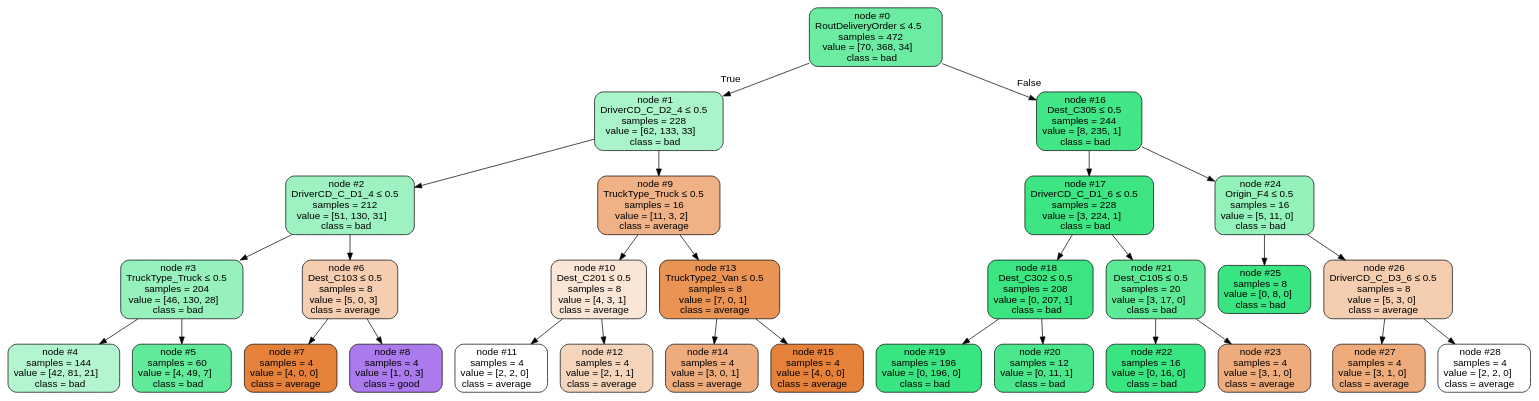
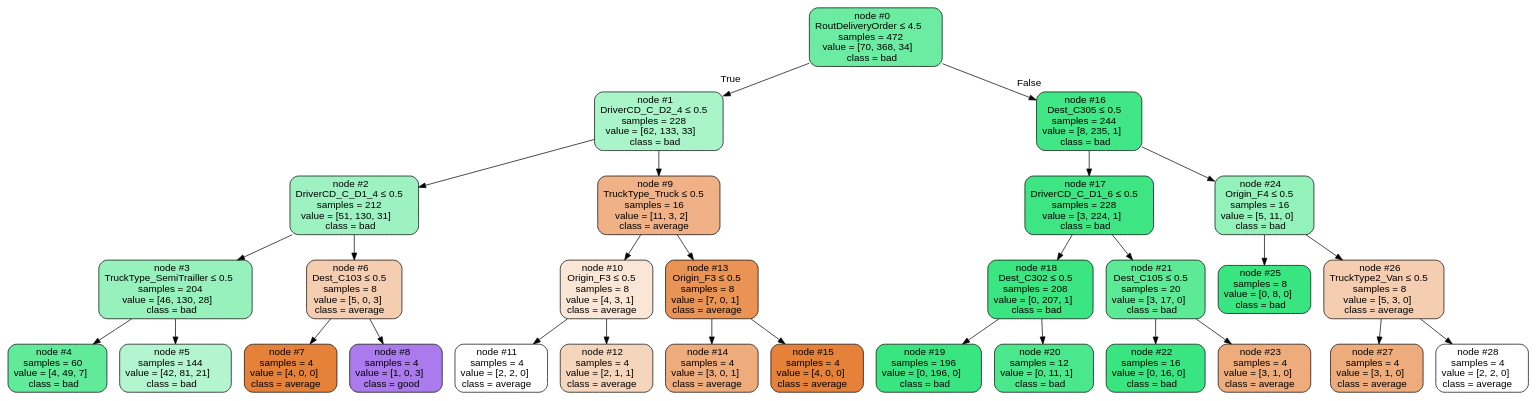
One commit to EduPekUfpr/PPGOLD7037 changed the diagram in 06-DS_PPGOLD_TreesBasics/delivery_tree.dot. Above: the diagram before and after it, drawn with Graphviz. The commit also changed 15 other files, not shown here.

```diff
--- a/06-DS_PPGOLD_TreesBasics/delivery_tree.dot
+++ b/06-DS_PPGOLD_TreesBasics/delivery_tree.dot
@@ -1,61 +1,61 @@
 digraph Tree {
 node [shape=box, style="filled, rounded", color="black", fontname="helvetica"] ;
 edge [fontname="helvetica"] ;
 0 [label=<node &#35;0<br/>RoutDeliveryOrder &le; 4.5<br/>samples = 472<br/>value = [70, 368, 34]<br/>class = bad>, fillcolor="#6ceca2"] ;
 1 [label=<node &#35;1<br/>DriverCD_C_D2_4 &le; 0.5<br/>samples = 228<br/>value = [62, 133, 33]<br/>class = bad>, fillcolor="#aaf4c9"] ;
 0 -> 1 [labeldistance=2.5, labelangle=45, headlabel="True"] ;
 2 [label=<node &#35;2<br/>DriverCD_C_D1_4 &le; 0.5<br/>samples = 212<br/>value = [51, 130, 31]<br/>class = bad>, fillcolor="#9ef2c1"] ;
 1 -> 2 ;
-3 [label=<node &#35;3<br/>TruckType_Truck &le; 0.5<br/>samples = 204<br/>value = [46, 130, 28]<br/>class = bad>, fillcolor="#96f1bc"] ;
+3 [label=<node &#35;3<br/>TruckType_SemiTrailler &le; 0.5<br/>samples = 204<br/>value = [46, 130, 28]<br/>class = bad>, fillcolor="#96f1bc"] ;
 2 -> 3 ;
-4 [label=<node &#35;4<br/>samples = 144<br/>value = [42, 81, 21]<br/>class = bad>, fillcolor="#b3f5cf"] ;
+4 [label=<node &#35;4<br/>samples = 60<br/>value = [4, 49, 7]<br/>class = bad>, fillcolor="#62ea9b"] ;
 3 -> 4 ;
-5 [label=<node &#35;5<br/>samples = 60<br/>value = [4, 49, 7]<br/>class = bad>, fillcolor="#62ea9b"] ;
+5 [label=<node &#35;5<br/>samples = 144<br/>value = [42, 81, 21]<br/>class = bad>, fillcolor="#b3f5cf"] ;
 3 -> 5 ;
 6 [label=<node &#35;6<br/>Dest_C103 &le; 0.5<br/>samples = 8<br/>value = [5, 0, 3]<br/>class = average>, fillcolor="#f5cdb0"] ;
 2 -> 6 ;
 7 [label=<node &#35;7<br/>samples = 4<br/>value = [4, 0, 0]<br/>class = average>, fillcolor="#e58139"] ;
 6 -> 7 ;
 8 [label=<node &#35;8<br/>samples = 4<br/>value = [1, 0, 3]<br/>class = good>, fillcolor="#ab7bee"] ;
 6 -> 8 ;
 9 [label=<node &#35;9<br/>TruckType_Truck &le; 0.5<br/>samples = 16<br/>value = [11, 3, 2]<br/>class = average>, fillcolor="#efb185"] ;
 1 -> 9 ;
-10 [label=<node &#35;10<br/>Dest_C201 &le; 0.5<br/>samples = 8<br/>value = [4, 3, 1]<br/>class = average>, fillcolor="#fae6d7"] ;
+10 [label=<node &#35;10<br/>Origin_F3 &le; 0.5<br/>samples = 8<br/>value = [4, 3, 1]<br/>class = average>, fillcolor="#fae6d7"] ;
 9 -> 10 ;
 11 [label=<node &#35;11<br/>samples = 4<br/>value = [2, 2, 0]<br/>class = average>, fillcolor="#ffffff"] ;
 10 -> 11 ;
 12 [label=<node &#35;12<br/>samples = 4<br/>value = [2, 1, 1]<br/>class = average>, fillcolor="#f6d5bd"] ;
 10 -> 12 ;
-13 [label=<node &#35;13<br/>TruckType2_Van &le; 0.5<br/>samples = 8<br/>value = [7, 0, 1]<br/>class = average>, fillcolor="#e99355"] ;
+13 [label=<node &#35;13<br/>Origin_F3 &le; 0.5<br/>samples = 8<br/>value = [7, 0, 1]<br/>class = average>, fillcolor="#e99355"] ;
 9 -> 13 ;
 14 [label=<node &#35;14<br/>samples = 4<br/>value = [3, 0, 1]<br/>class = average>, fillcolor="#eeab7b"] ;
 13 -> 14 ;
 15 [label=<node &#35;15<br/>samples = 4<br/>value = [4, 0, 0]<br/>class = average>, fillcolor="#e58139"] ;
 13 -> 15 ;
 16 [label=<node &#35;16<br/>Dest_C305 &le; 0.5<br/>samples = 244<br/>value = [8, 235, 1]<br/>class = bad>, fillcolor="#41e686"] ;
 0 -> 16 [labeldistance=2.5, labelangle=-45, headlabel="False"] ;
 17 [label=<node &#35;17<br/>DriverCD_C_D1_6 &le; 0.5<br/>samples = 228<br/>value = [3, 224, 1]<br/>class = bad>, fillcolor="#3de583"] ;
 16 -> 17 ;
 18 [label=<node &#35;18<br/>Dest_C302 &le; 0.5<br/>samples = 208<br/>value = [0, 207, 1]<br/>class = bad>, fillcolor="#3ae582"] ;
 17 -> 18 ;
 19 [label=<node &#35;19<br/>samples = 196<br/>value = [0, 196, 0]<br/>class = bad>, fillcolor="#39e581"] ;
 18 -> 19 ;
 20 [label=<node &#35;20<br/>samples = 12<br/>value = [0, 11, 1]<br/>class = bad>, fillcolor="#4be78c"] ;
 18 -> 20 ;
 21 [label=<node &#35;21<br/>Dest_C105 &le; 0.5<br/>samples = 20<br/>value = [3, 17, 0]<br/>class = bad>, fillcolor="#5cea97"] ;
 17 -> 21 ;
 22 [label=<node &#35;22<br/>samples = 16<br/>value = [0, 16, 0]<br/>class = bad>, fillcolor="#39e581"] ;
 21 -> 22 ;
 23 [label=<node &#35;23<br/>samples = 4<br/>value = [3, 1, 0]<br/>class = average>, fillcolor="#eeab7b"] ;
 21 -> 23 ;
 24 [label=<node &#35;24<br/>Origin_F4 &le; 0.5<br/>samples = 16<br/>value = [5, 11, 0]<br/>class = bad>, fillcolor="#93f1ba"] ;
 16 -> 24 ;
 25 [label=<node &#35;25<br/>samples = 8<br/>value = [0, 8, 0]<br/>class = bad>, fillcolor="#39e581"] ;
 24 -> 25 ;
-26 [label=<node &#35;26<br/>DriverCD_C_D3_6 &le; 0.5<br/>samples = 8<br/>value = [5, 3, 0]<br/>class = average>, fillcolor="#f5cdb0"] ;
+26 [label=<node &#35;26<br/>TruckType2_Van &le; 0.5<br/>samples = 8<br/>value = [5, 3, 0]<br/>class = average>, fillcolor="#f5cdb0"] ;
 24 -> 26 ;
 27 [label=<node &#35;27<br/>samples = 4<br/>value = [3, 1, 0]<br/>class = average>, fillcolor="#eeab7b"] ;
 26 -> 27 ;
 28 [label=<node &#35;28<br/>samples = 4<br/>value = [2, 2, 0]<br/>class = average>, fillcolor="#ffffff"] ;
 26 -> 28 ;
 }
```
